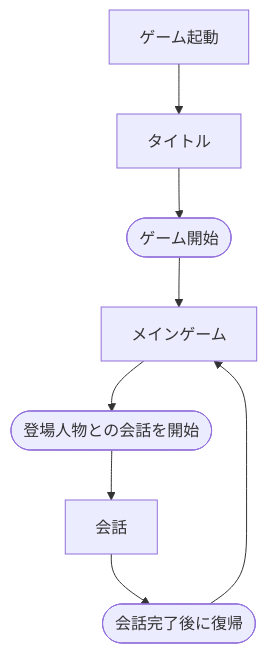
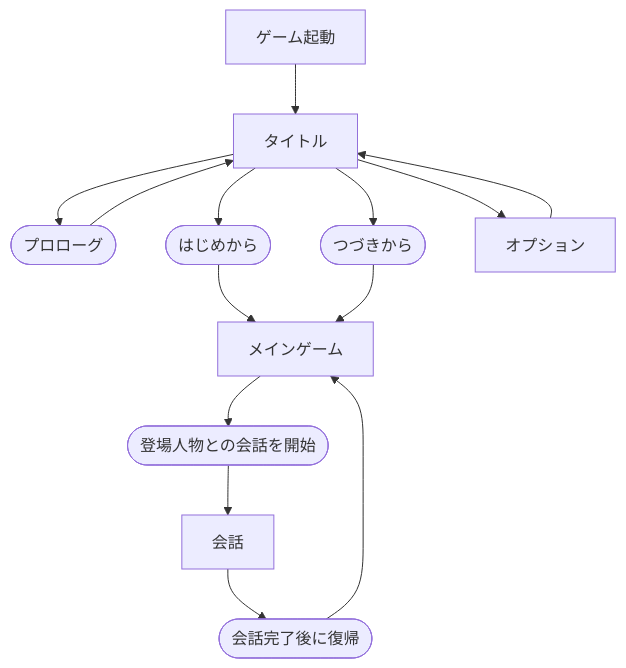
One commit to hachimitu22/negima-festival changed the diagram in docs/基本設計/シーン/README.md. Above: the diagram before and after it, drawn with Mermaid. The commit also changed other lines of this file and 37 other files, not shown here.

````diff
--- a/docs/基本設計/シーン/README.md
+++ b/docs/基本設計/シーン/README.md
@@ -26,12 +26,18 @@
 ```mermaid
 flowchart TB
   Startup["ゲーム起動"] --> Title["タイトル"]
-  Title --> StartGame(["ゲーム開始"])
-  StartGame --> MainGame["メインゲーム"]
+  Title --> Prologue(["プロローグ"])
+  Prologue --> Title
+  Title --> NewGame(["はじめから"])
+  NewGame --> MainGame["メインゲーム"]
+  Title --> Continue(["つづきから"])
+  Continue --> MainGame
+  Title --> Options["オプション"]
+  Options --> Title
 
   MainGame --> StartConversation(["登場人物との会話を開始"])
   StartConversation --> Conversation["会話"]
 
   Conversation --> CompleteConversation(["会話完了後に復帰"])
   CompleteConversation --> MainGame
 ```
````
